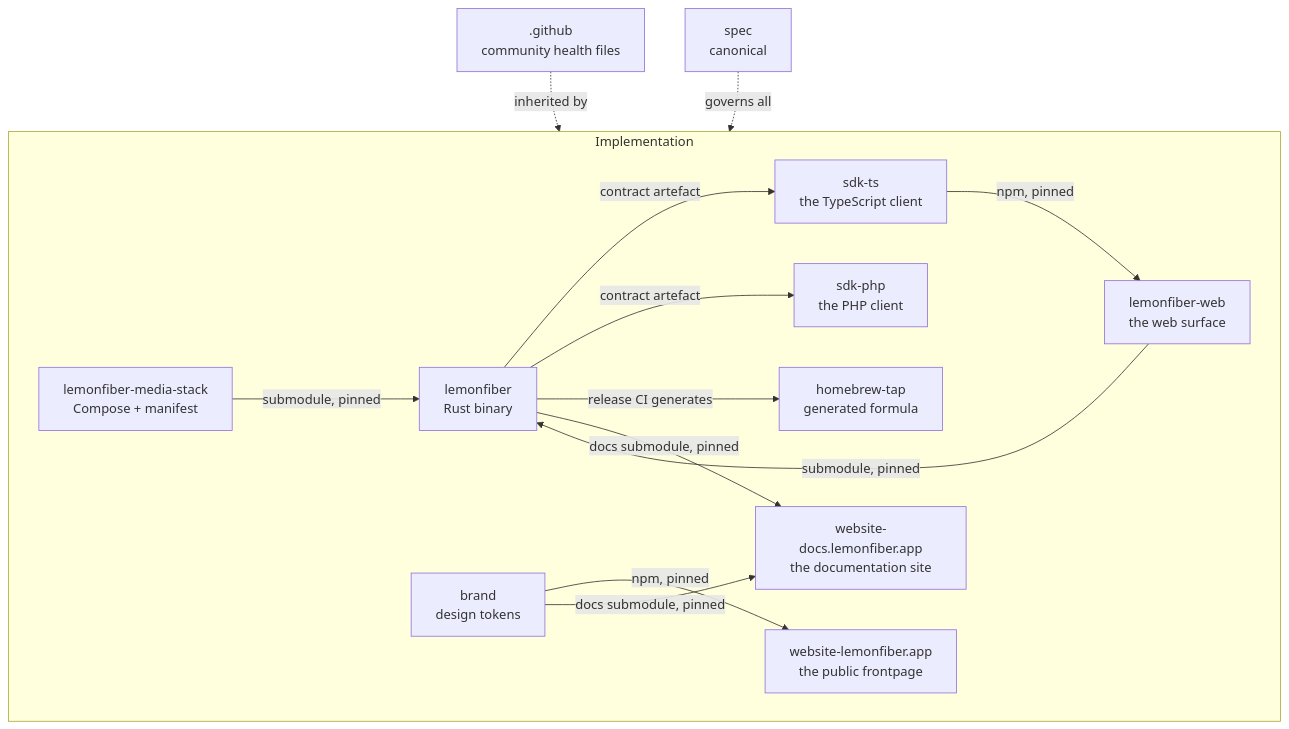
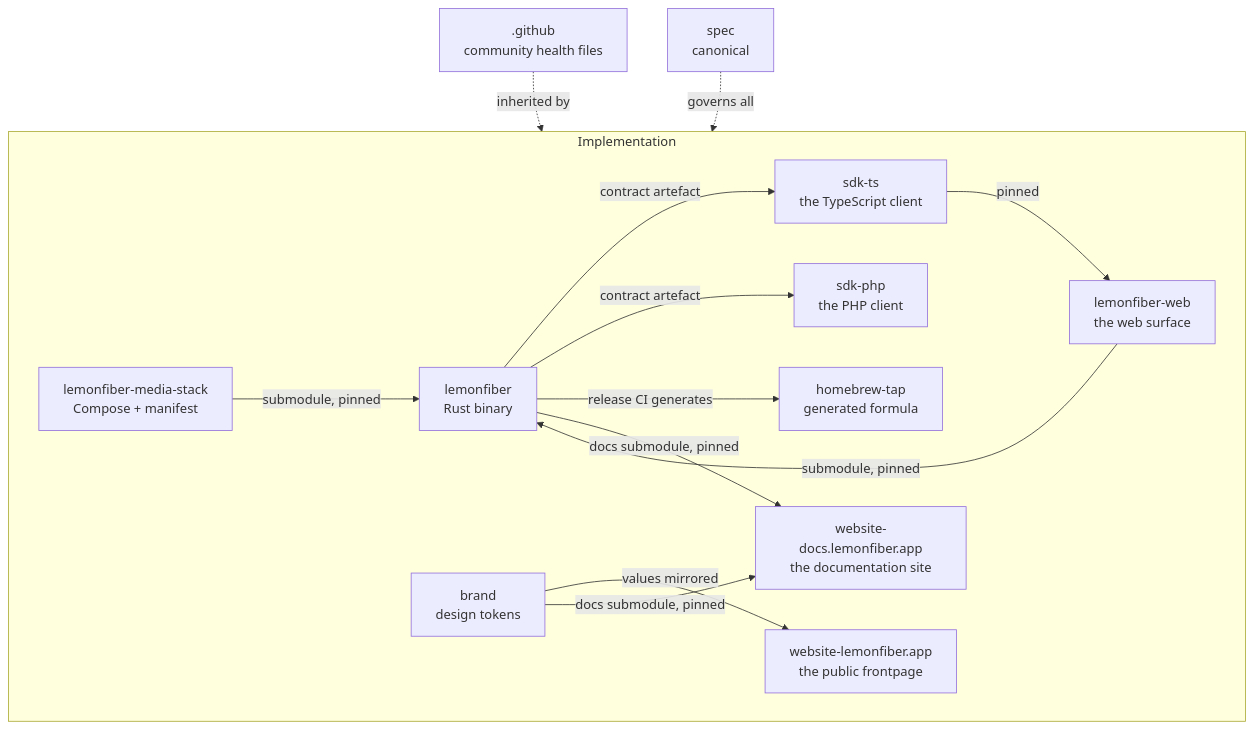
One commit to lemonfiber/spec changed the diagram in 30-repos/README.md. Above: the diagram before and after it, drawn with Mermaid. The commit also changed other lines of this file and 17 other files, not shown here.

````diff
--- a/30-repos/README.md
+++ b/30-repos/README.md
@@ -13,29 +13,29 @@
 ```mermaid
 flowchart TD
     spec[spec<br/>canonical]
     gh[".github<br/>community health files"]
 
     subgraph impl[Implementation]
         lemonfiber[lemonfiber<br/>Rust binary]
         stack[lemonfiber-media-stack<br/>Compose + manifest]
         web[lemonfiber-web<br/>the web surface]
         sdk[sdk-ts<br/>the TypeScript client]
         sdkphp[sdk-php<br/>the PHP client]
         tap[homebrew-tap<br/>generated formula]
         brand[brand<br/>design tokens]
         site["website-lemonfiber.app<br/>the public frontpage"]
         docs["website-docs.lemonfiber.app<br/>the documentation site"]
     end
 
     stack -->|submodule, pinned| lemonfiber
     web -->|submodule, pinned| lemonfiber
-    sdk -->|npm, pinned| web
+    sdk -->|pinned| web
     lemonfiber -->|contract artefact| sdk
     lemonfiber -->|contract artefact| sdkphp
     lemonfiber -->|release CI generates| tap
-    brand -->|npm, pinned| site
+    brand -->|values mirrored| site
     lemonfiber -->|docs submodule, pinned| docs
     brand -->|docs submodule, pinned| docs
     gh -.->|inherited by| impl
     spec -.->|governs all| impl
 ```
````
